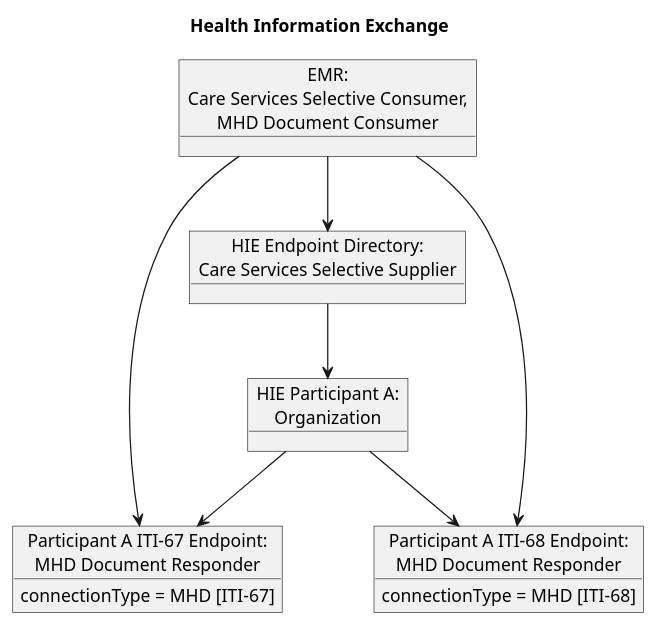
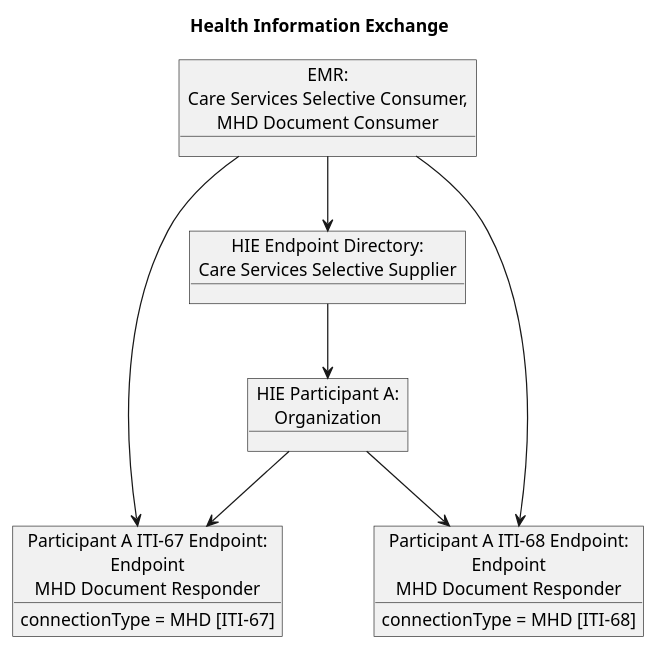
The diagram in input/images-source/usecase5-diagram.plantuml (IHE/ITI.mCSD), drawn with PlantUML before and after one commit.

```diff
--- a/input/images-source/usecase5-diagram.plantuml
+++ b/input/images-source/usecase5-diagram.plantuml
@@ -1,22 +1,22 @@
 @startuml
 hide footbox
 
 title Health Information Exchange
 
 object "EMR:\nCare Services Selective Consumer,\nMHD Document Consumer" as EMR
 object "HIE Endpoint Directory:\nCare Services Selective Supplier" as Directory
 object "HIE Participant A:\nOrganization" as Organization
-object "Participant A ITI-67 Endpoint:\nMHD Document Responder" as Responder67
+object "Participant A ITI-67 Endpoint:\nEndpoint\nMHD Document Responder" as Responder67
 Responder67 : connectionType = MHD [ITI-67]
-object "Participant A ITI-68 Endpoint:\nMHD Document Responder" as Responder68
+object "Participant A ITI-68 Endpoint:\nEndpoint\nMHD Document Responder" as Responder68
 Responder68 : connectionType = MHD [ITI-68]
 
 Directory --> Organization
 Organization --> Responder67
 Organization --> Responder68
 
 EMR --> Directory
 EMR --> Responder67
 EMR --> Responder68
 
 @enduml
```
